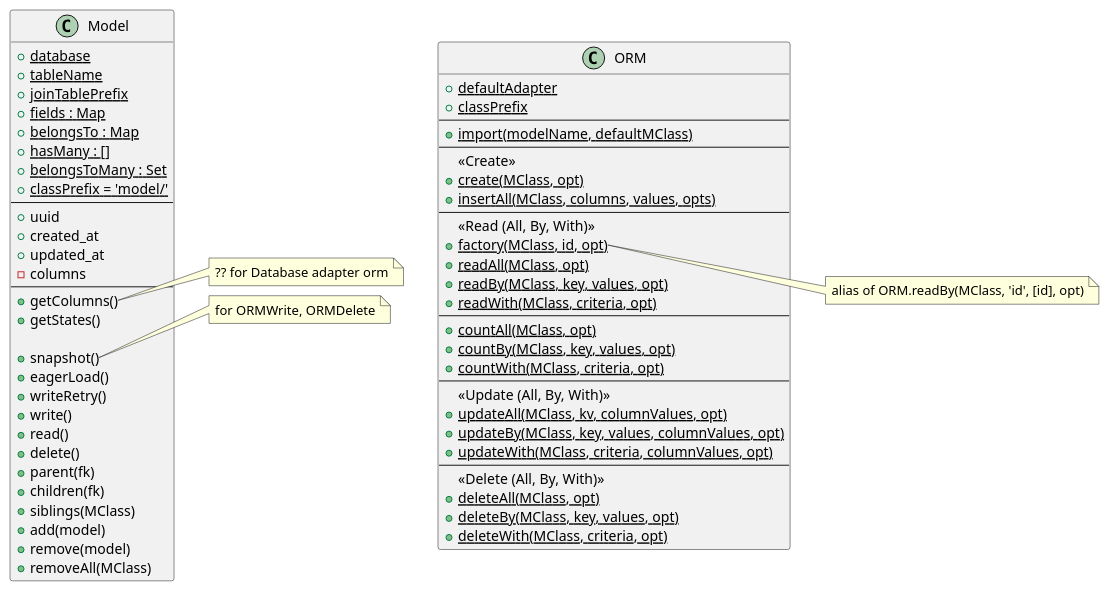
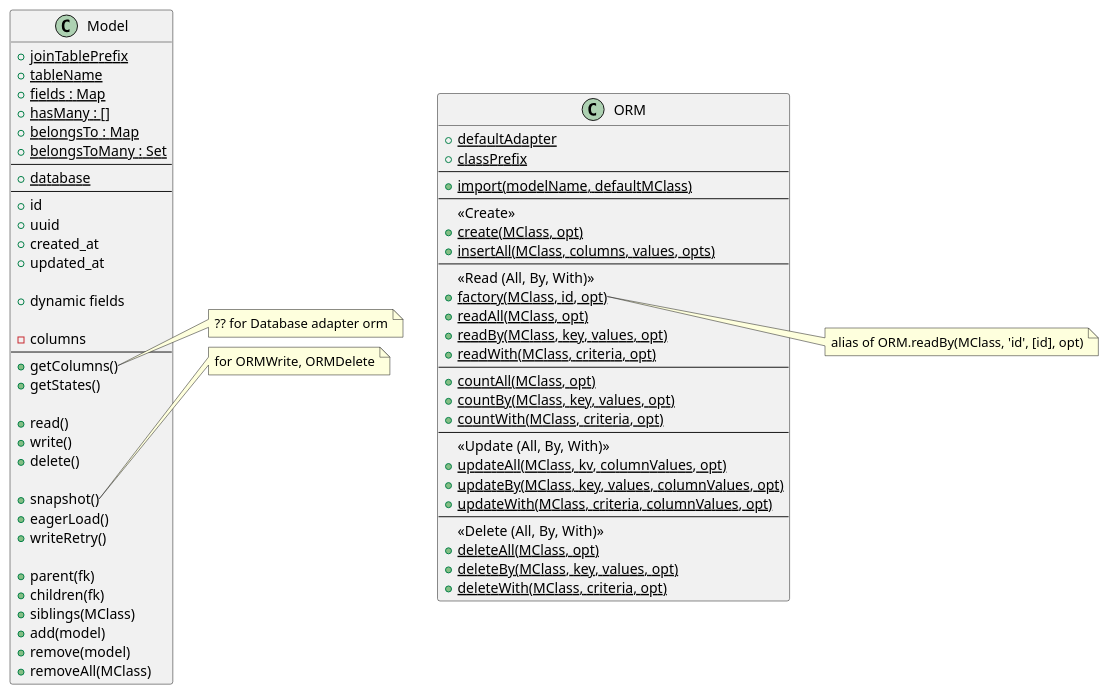
One commit to LionRockJS/central changed the diagram in spec/ORM.puml. Above: the diagram before and after it, drawn with PlantUML. The commit also changed 5 other files, not shown here.

```diff
--- a/spec/ORM.puml
+++ b/spec/ORM.puml
@@ -1,76 +1,82 @@
 @startuml
 class Model {
+  {static} + joinTablePrefix
+  {static} + tableName
+  {static} + fields : Map
+  {static} + hasMany : []
+  {static} + belongsTo : Map
+  {static} + belongsToMany : Set
+---
   {static} + database
-  {static} + tableName
-  {static} + joinTablePrefix
-  {static} + fields : Map
-  {static} + belongsTo : Map
-  {static} + hasMany : []
-  {static} + belongsToMany : Set
-  {static} + classPrefix = 'model/'
 ---
+  + id
   + uuid
   + created_at
   + updated_at
+
+  + dynamic fields
+
   - columns
 ---
   +getColumns()
   +getStates()
 
+  +read()
+  +write()
+  +delete()
+
   +snapshot()
   +eagerLoad()
   +writeRetry()
-  +write()
-  +read()
-  +delete()
+
   +parent(fk)
   +children(fk)
   +siblings(MClass)
   +add(model)
   +remove(model)
   +removeAll(MClass)
 }
 
 note right of Model::getColumns
 ?? for Database adapter orm
 end note
 
 note right of Model::snapshot
 for ORMWrite, ORMDelete
 end note
 
 class ORM {
 {static} +defaultAdapter
 {static} +classPrefix
 ---
   {static} + import(modelName, defaultMClass)
 ---
   << Create >>
   {static} + create(MClass, opt)
   {static} + insertAll(MClass, columns, values, opts)
 ---
   << Read (All, By, With) >>
   {static} + factory(MClass, id, opt)
   {static} + readAll(MClass, opt)
   {static} + readBy(MClass, key, values, opt)
   {static} + readWith(MClass, criteria, opt)
 ---
   {static} + countAll(MClass, opt)
   {static} + countBy(MClass, key, values, opt)
   {static} + countWith(MClass, criteria, opt)
 ---
   << Update (All, By, With) >>
   {static} + updateAll(MClass, kv, columnValues, opt)
   {static} + updateBy(MClass, key, values, columnValues, opt)
   {static} + updateWith(MClass, criteria, columnValues, opt)
 ---
   << Delete (All, By, With) >>
   {static} + deleteAll(MClass, opt)
   {static} + deleteBy(MClass, key, values, opt)
   {static} + deleteWith(MClass, criteria, opt)
 }
 
 note right of ORM::factory
 alias of ORM.readBy(MClass, 'id', [id], opt)
 end note
 @enduml
```
